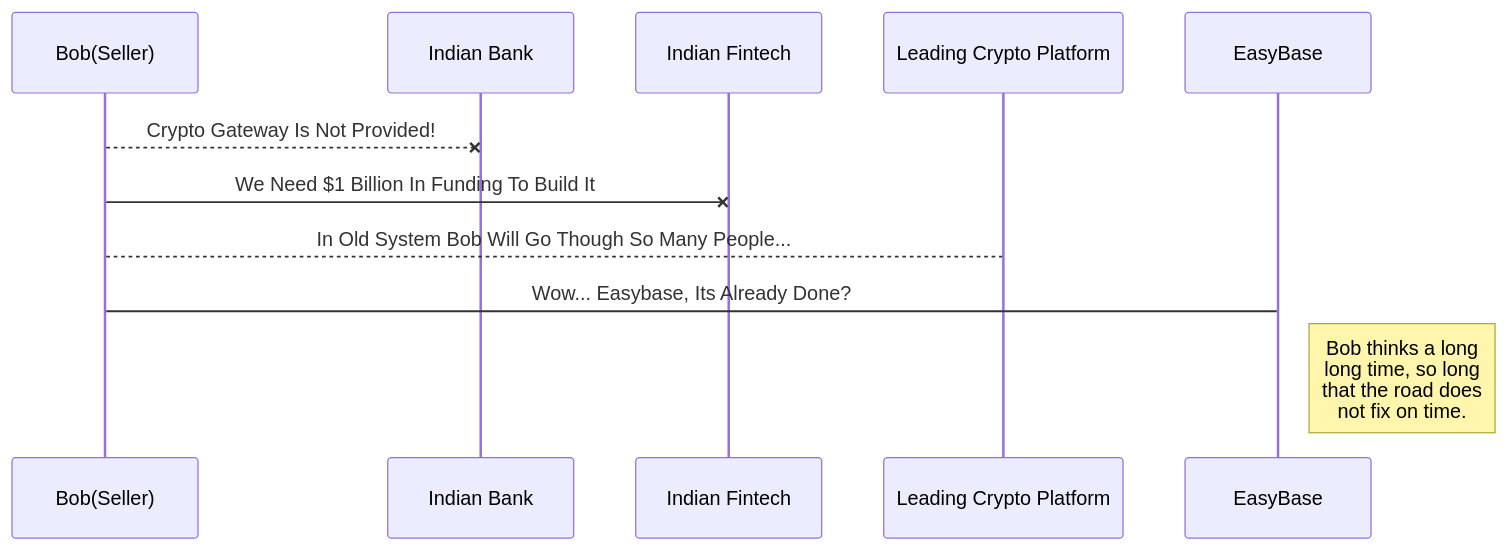
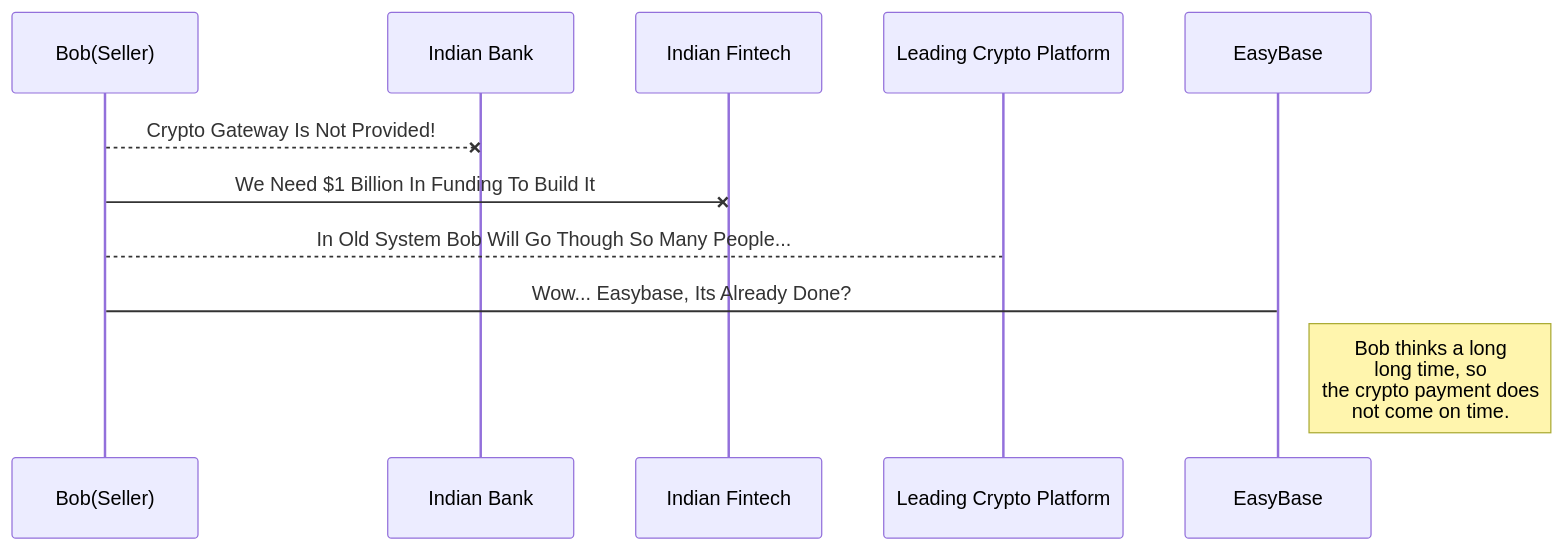
The first of 2 diagrams in README.md (speedily/easyb), drawn with Mermaid before and after one commit.

````diff
--- a/README.md
+++ b/README.md
@@ -39,11 +39,11 @@
 ```mermaid
 sequenceDiagram
 
 Bob(Seller)--x Indian Bank: Crypto Gateway Is Not Provided!
 Bob(Seller)-x Indian Fintech: We Need $1 Billion In Funding To Build It
 
 
 Bob(Seller)-->Leading Crypto Platform: In Old System Bob Will Go Though So Many People...
 Bob(Seller)->EasyBase: Wow... Easybase, Its Already Done?
-Note right of EasyBase: Bob thinks a long<br/>long time, so long<br/>that the road does<br/>not fix on time.
+Note right of EasyBase: Bob thinks a long<br/>long time, so <br/> the crypto payment does<br/>not come on time.
 ```
````
